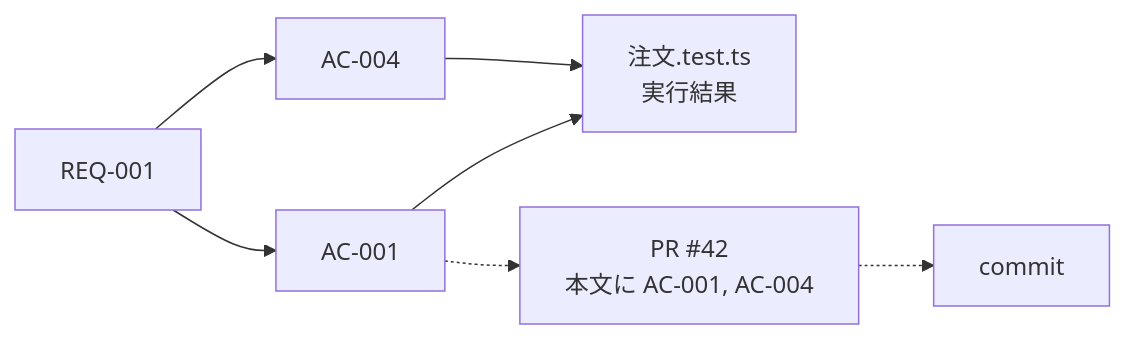
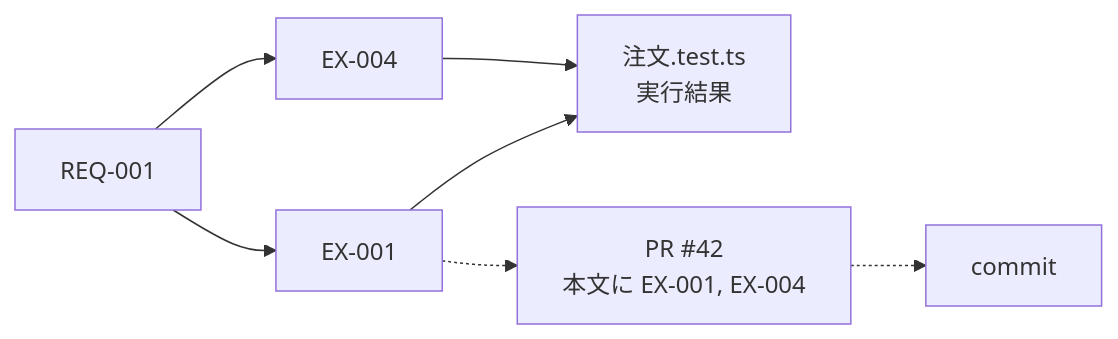
The second of 3 diagrams in docs/development/spec-as-code/design.md (kuchita-el/claude-shared-skills), drawn with Mermaid before and after one commit. The commit also changed other lines of this file, not shown here.

````diff
--- a/docs/development/spec-as-code/design.md
+++ b/docs/development/spec-as-code/design.md
@@ -681,9 +725,9 @@
 ```mermaid
 flowchart LR
-    REQ["REQ-001"] --> AC1["AC-001"]
-    REQ --> AC4["AC-004"]
-    AC1 --> T1["注文.test.ts<br/>実行結果"]
-    AC4 --> T1
-    AC1 -.-> PR["PR #42<br/>本文に AC-001, AC-004"]
+    REQ["REQ-001"] --> EX1["EX-001"]
+    REQ --> EX4["EX-004"]
+    EX1 --> T1["注文.test.ts<br/>実行結果"]
+    EX4 --> T1
+    EX1 -.-> PR["PR #42<br/>本文に EX-001, EX-004"]
     PR -.-> C["commit"]
 ```
````
